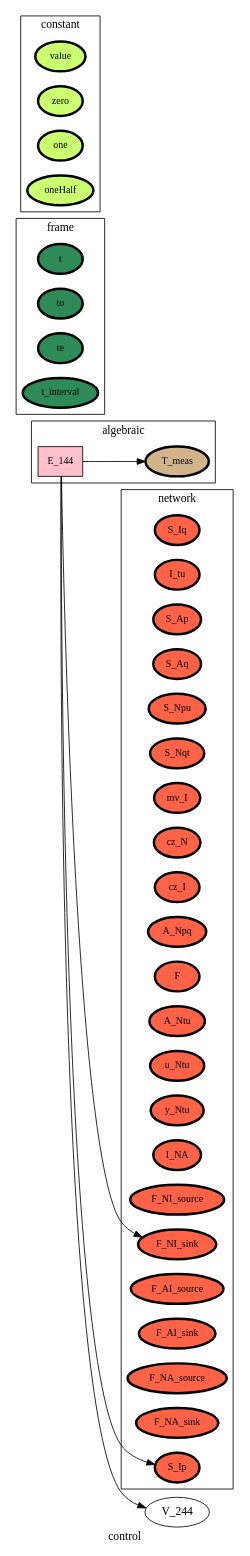
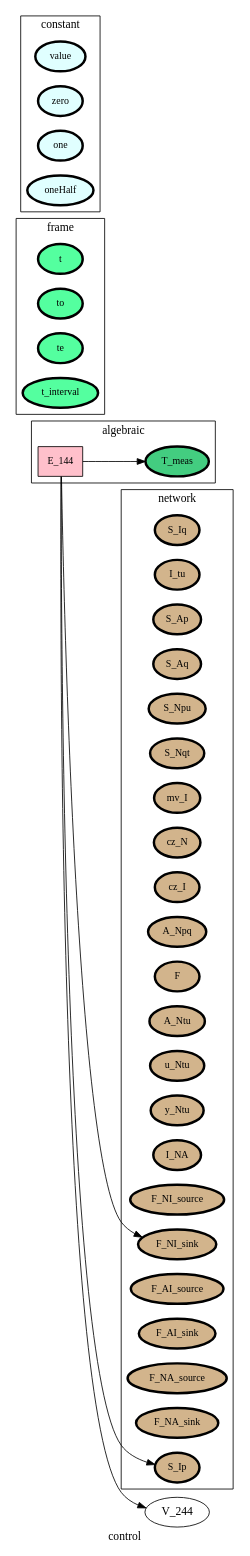
Before and after one commit to heinz-preisig/processes_distributed_no_interface_eqs: the diagram in ontology_graphs/graph__control.dot, drawn with Graphviz. The commit also changed 30 other files, not shown here.

```diff
--- a/ontology_graphs/graph__control.dot
+++ b/ontology_graphs/graph__control.dot
@@ -1,85 +1,85 @@
 digraph control {
 label=control;
 rankdir=LR;
 subgraph cluster_control___dataFlow {
 label=dataFlow;
 rankdir=LR;
 }
 
 subgraph cluster_control___input {
 label=input;
 rankdir=LR;
 }
 
 subgraph cluster_control___output {
 label=output;
 rankdir=LR;
 }
 
 subgraph cluster_control___network {
 label=network;
 rankdir=LR;
-V_10 [fillcolor=tomato, fontsize=12, label=S_Iq, penwidth=3, style=filled];
-V_11 [fillcolor=tomato, fontsize=12, label=I_tu, penwidth=3, style=filled];
-V_12 [fillcolor=tomato, fontsize=12, label=S_Ap, penwidth=3, style=filled];
-V_13 [fillcolor=tomato, fontsize=12, label=S_Aq, penwidth=3, style=filled];
-V_14 [fillcolor=tomato, fontsize=12, label=S_Npu, penwidth=3, style=filled];
-V_15 [fillcolor=tomato, fontsize=12, label=S_Nqt, penwidth=3, style=filled];
-V_16 [fillcolor=tomato, fontsize=12, label=mv_I, penwidth=3, style=filled];
-V_17 [fillcolor=tomato, fontsize=12, label=cz_N, penwidth=3, style=filled];
-V_18 [fillcolor=tomato, fontsize=12, label=cz_I, penwidth=3, style=filled];
-V_19 [fillcolor=tomato, fontsize=12, label=A_Npq, penwidth=3, style=filled];
-V_2 [fillcolor=tomato, fontsize=12, label=F, penwidth=3, style=filled];
-V_20 [fillcolor=tomato, fontsize=12, label=A_Ntu, penwidth=3, style=filled];
-V_21 [fillcolor=tomato, fontsize=12, label=u_Ntu, penwidth=3, style=filled];
-V_22 [fillcolor=tomato, fontsize=12, label=y_Ntu, penwidth=3, style=filled];
-V_27 [fillcolor=tomato, fontsize=12, label=I_NA, penwidth=3, style=filled];
-V_3 [fillcolor=tomato, fontsize=12, label=F_NI_source, penwidth=3, style=filled];
-V_4 [fillcolor=tomato, fontsize=12, label=F_NI_sink, penwidth=3, style=filled];
-V_5 [fillcolor=tomato, fontsize=12, label=F_AI_source, penwidth=3, style=filled];
-V_6 [fillcolor=tomato, fontsize=12, label=F_AI_sink, penwidth=3, style=filled];
-V_7 [fillcolor=tomato, fontsize=12, label=F_NA_source, penwidth=3, style=filled];
-V_8 [fillcolor=tomato, fontsize=12, label=F_NA_sink, penwidth=3, style=filled];
-V_9 [fillcolor=tomato, fontsize=12, label=S_Ip, penwidth=3, style=filled];
+V_10 [fillcolor=tan, fontsize=12, label=S_Iq, penwidth=3, style=filled];
+V_11 [fillcolor=tan, fontsize=12, label=I_tu, penwidth=3, style=filled];
+V_12 [fillcolor=tan, fontsize=12, label=S_Ap, penwidth=3, style=filled];
+V_13 [fillcolor=tan, fontsize=12, label=S_Aq, penwidth=3, style=filled];
+V_14 [fillcolor=tan, fontsize=12, label=S_Npu, penwidth=3, style=filled];
+V_15 [fillcolor=tan, fontsize=12, label=S_Nqt, penwidth=3, style=filled];
+V_16 [fillcolor=tan, fontsize=12, label=mv_I, penwidth=3, style=filled];
+V_17 [fillcolor=tan, fontsize=12, label=cz_N, penwidth=3, style=filled];
+V_18 [fillcolor=tan, fontsize=12, label=cz_I, penwidth=3, style=filled];
+V_19 [fillcolor=tan, fontsize=12, label=A_Npq, penwidth=3, style=filled];
+V_2 [fillcolor=tan, fontsize=12, label=F, penwidth=3, style=filled];
+V_20 [fillcolor=tan, fontsize=12, label=A_Ntu, penwidth=3, style=filled];
+V_21 [fillcolor=tan, fontsize=12, label=u_Ntu, penwidth=3, style=filled];
+V_22 [fillcolor=tan, fontsize=12, label=y_Ntu, penwidth=3, style=filled];
+V_27 [fillcolor=tan, fontsize=12, label=I_NA, penwidth=3, style=filled];
+V_3 [fillcolor=tan, fontsize=12, label=F_NI_source, penwidth=3, style=filled];
+V_4 [fillcolor=tan, fontsize=12, label=F_NI_sink, penwidth=3, style=filled];
+V_5 [fillcolor=tan, fontsize=12, label=F_AI_source, penwidth=3, style=filled];
+V_6 [fillcolor=tan, fontsize=12, label=F_AI_sink, penwidth=3, style=filled];
+V_7 [fillcolor=tan, fontsize=12, label=F_NA_source, penwidth=3, style=filled];
+V_8 [fillcolor=tan, fontsize=12, label=F_NA_sink, penwidth=3, style=filled];
+V_9 [fillcolor=tan, fontsize=12, label=S_Ip, penwidth=3, style=filled];
 }
 
 subgraph cluster_control___frame {
 label=frame;
 rankdir=LR;
-V_1 [fillcolor=seagreen, fontsize=12, label=t, penwidth=3, style=filled];
-V_105 [fillcolor=seagreen, fontsize=12, label=to, penwidth=3, style=filled];
-V_106 [fillcolor=seagreen, fontsize=12, label=te, penwidth=3, style=filled];
-V_107 [fillcolor=seagreen, fontsize=12, label=t_interval, penwidth=3, style=filled];
+V_1 [fillcolor=seagreen1, fontsize=12, label=t, penwidth=3, style=filled];
+V_105 [fillcolor=seagreen1, fontsize=12, label=to, penwidth=3, style=filled];
+V_106 [fillcolor=seagreen1, fontsize=12, label=te, penwidth=3, style=filled];
+V_107 [fillcolor=seagreen1, fontsize=12, label=t_interval, penwidth=3, style=filled];
 }
 
 subgraph cluster_control___state {
 label=state;
 rankdir=LR;
 }
 
 subgraph cluster_control___constant {
 label=constant;
 rankdir=LR;
-V_101 [fillcolor=darkolivegreen1, fontsize=12, label=value, penwidth=3, style=filled];
-V_102 [fillcolor=darkolivegreen1, fontsize=12, label=zero, penwidth=3, style=filled];
-V_103 [fillcolor=darkolivegreen1, fontsize=12, label=one, penwidth=3, style=filled];
-V_104 [fillcolor=darkolivegreen1, fontsize=12, label=oneHalf, penwidth=3, style=filled];
+V_101 [fillcolor=lightcyan1, fontsize=12, label=value, penwidth=3, style=filled];
+V_102 [fillcolor=lightcyan1, fontsize=12, label=zero, penwidth=3, style=filled];
+V_103 [fillcolor=lightcyan1, fontsize=12, label=one, penwidth=3, style=filled];
+V_104 [fillcolor=lightcyan1, fontsize=12, label=oneHalf, penwidth=3, style=filled];
 }
 
 subgraph cluster_control___diffState {
 label=diffState;
 rankdir=LR;
 }
 
 E_144 -> V_244  [splines=ortho];
 E_144 -> V_4  [splines=ortho];
 E_144 -> V_9  [splines=ortho];
 subgraph cluster_control___algebraic {
 label=algebraic;
 rankdir=LR;
-V_245 [fillcolor=tan, fontsize=12, label=T_meas, penwidth=3, style=filled];
+V_245 [fillcolor=seagreen3, fontsize=12, label=T_meas, penwidth=3, style=filled];
 E_144 [fillcolor=pink, fontsize=12, shape=box, style=filled];
 E_144 -> V_245  [splines=ortho];
 }
 
 }
```
